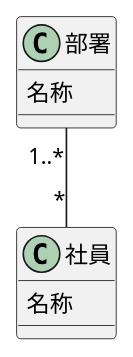
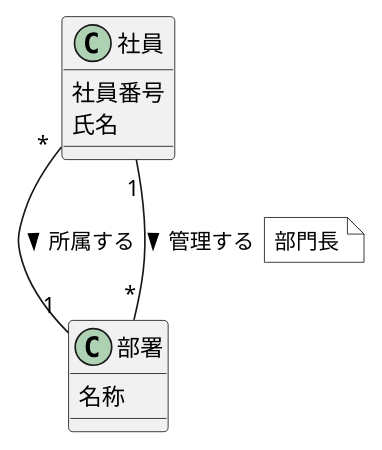
One commit to yinm/uml-modeling-lesson changed the diagram in ch08/excercise/8-1.puml. Above: the diagram before and after it, drawn with PlantUML. The commit also changed 2 other files, not shown here.

```diff
--- a/ch08/excercise/8-1.puml
+++ b/ch08/excercise/8-1.puml
@@ -1,13 +1,18 @@
 @startuml
+
+class 社員 {
+  社員番号
+  氏名
+}
 
 class 部署 {
   名称
 }
 
-class 社員 {
-  名称
-}
-
-部署 "1..*"--"*" 社員
+社員 "*"--"1" 部署 : 所属する >
+社員 "1"--"*" 部署 : 管理する >
+note right on link #white
+  部門長
+end note
 
 @enduml
```
